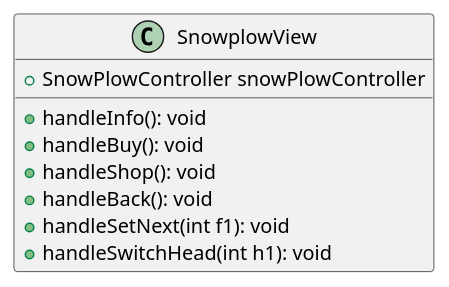
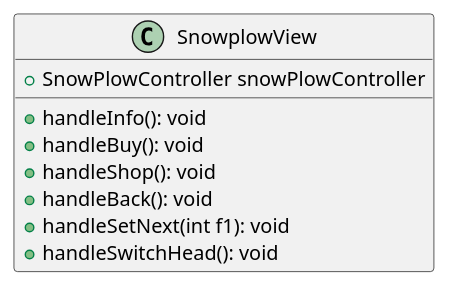
The diagram in docs/graphics/class/SnowplowView.plantuml (uhrinandor/spring), drawn with PlantUML before and after one commit. The commit also changed 1 other file, not shown here.

```diff
--- a/docs/graphics/class/SnowplowView.plantuml
+++ b/docs/graphics/class/SnowplowView.plantuml
@@ -1,10 +1,10 @@
 class SnowplowView{
     + SnowPlowController snowPlowController
 
     + handleInfo(): void
     + handleBuy(): void
     + handleShop(): void
     + handleBack(): void
     + handleSetNext(int f1): void
-    + handleSwitchHead(int h1): void
+    + handleSwitchHead(): void
 }
```
